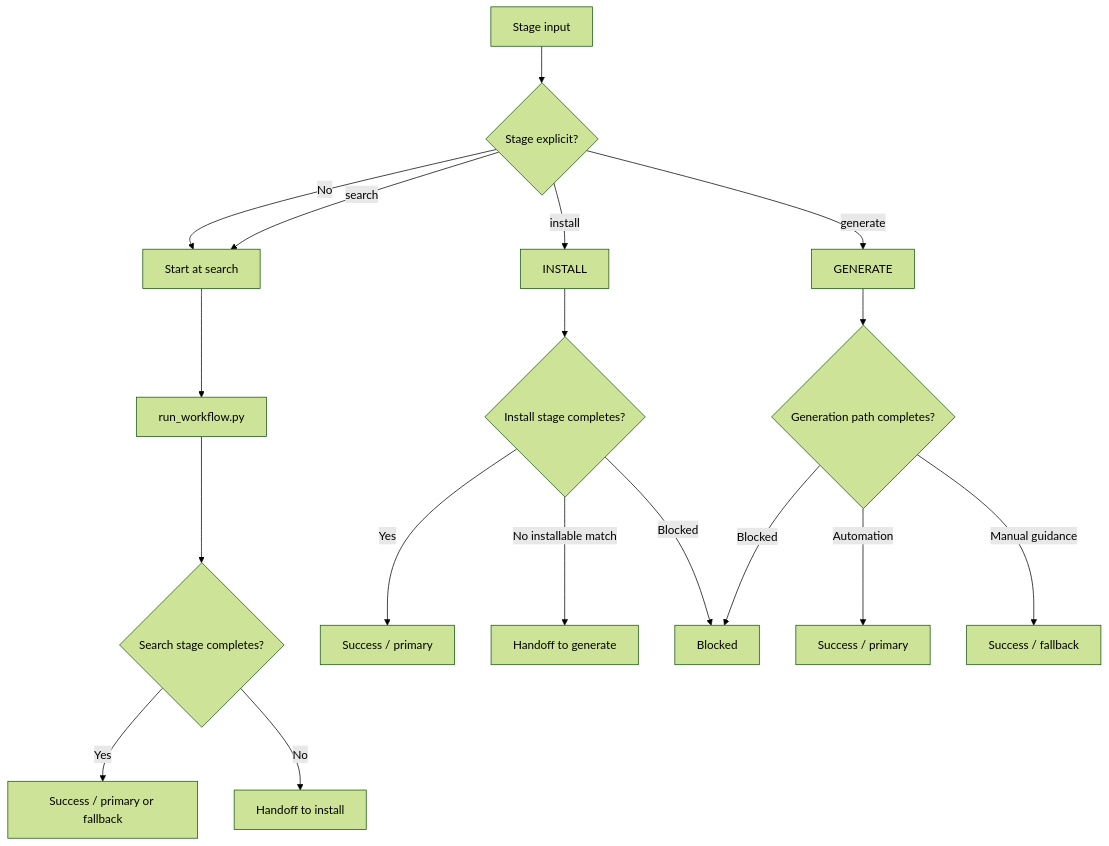
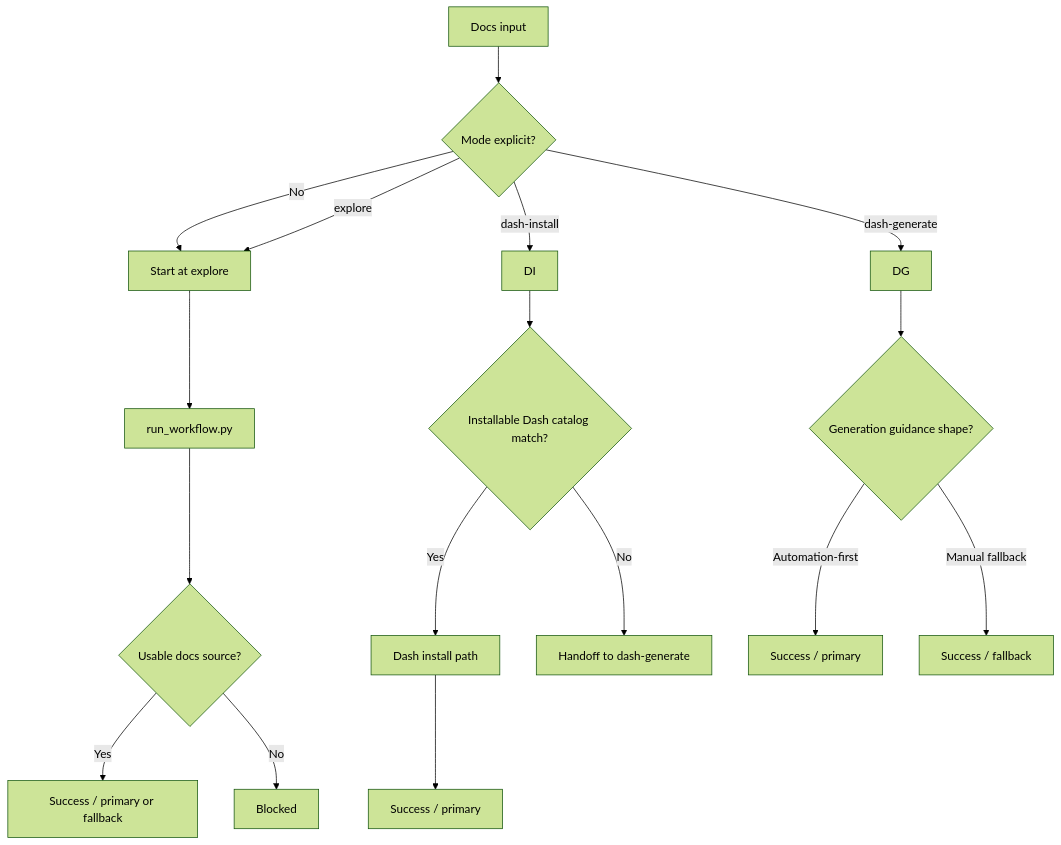
One commit to gaelic-ghost/apple-dev-skills changed the fourth of 8 diagrams in docs/maintainers/workflow-atlas.md. Above: the diagram before and after it, drawn with Mermaid (forest theme). The commit also changed other lines of this file and 43 other files, not shown here.

````diff
--- a/docs/maintainers/workflow-atlas.md
+++ b/docs/maintainers/workflow-atlas.md
@@ -197,23 +185,20 @@
 ```mermaid
 flowchart TD
-    I["Stage input"] --> S{"Stage explicit?"}
-    S -->|No| SEARCH["Start at search"]
-    S -->|search| SEARCH
-    S -->|install| INSTALL
-    S -->|generate| GENERATE
+    I["Docs input"] --> M{"Mode explicit?"}
+    M -->|No| E["Start at explore"]
+    M -->|explore| E
+    M -->|dash-install| DI
+    M -->|dash-generate| DG
 
-    SEARCH --> RT["run_workflow.py"]
-    RT --> SEARCHOK{"Search stage completes?"}
-    SEARCHOK -->|Yes| OUT1["Success / primary or fallback"]
-    SEARCHOK -->|No| HI["Handoff to install"]
-
-    INSTALL --> INSTALLOK{"Install stage completes?"}
-    INSTALLOK -->|Yes| OUT2["Success / primary"]
-    INSTALLOK -->|No installable match| HG["Handoff to generate"]
-    INSTALLOK -->|Blocked| BL["Blocked"]
-
-    GENERATE --> GENOK{"Generation path completes?"}
-    GENOK -->|Automation| OUT3["Success / primary"]
-    GENOK -->|Manual guidance| OUT4["Success / fallback"]
-    GENOK -->|Blocked| BL
+    E --> RW["run_workflow.py"]
+    RW --> SRC{"Usable docs source?"}
+    SRC -->|Yes| OUT1["Success / primary or fallback"]
+    SRC -->|No| BL["Blocked"]
+    DI --> MATCH{"Installable Dash catalog match?"}
+    MATCH -->|Yes| INST["Dash install path"]
+    MATCH -->|No| HAND["Handoff to dash-generate"]
+    INST --> OUT2["Success / primary"]
+    DG --> GEN{"Generation guidance shape?"}
+    GEN -->|Automation-first| OUT3["Success / primary"]
+    GEN -->|Manual fallback| OUT4["Success / fallback"]
 ```
````
